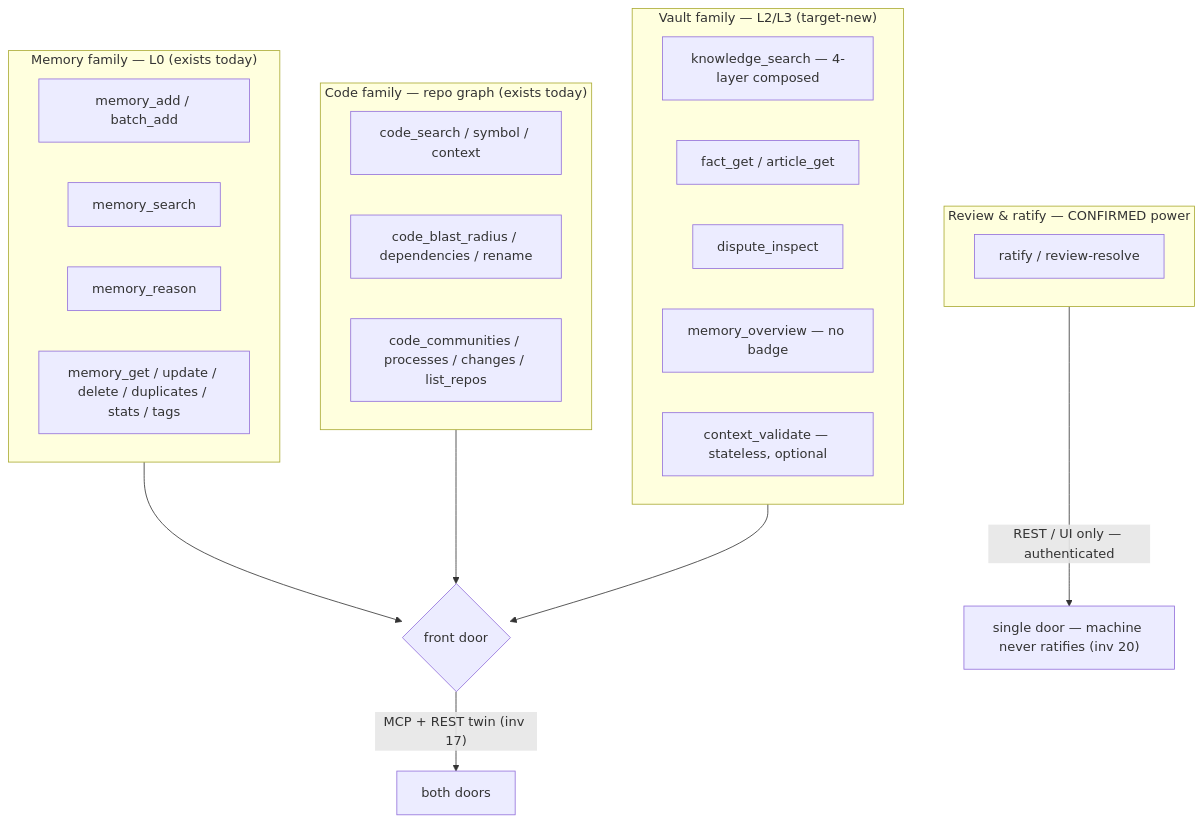
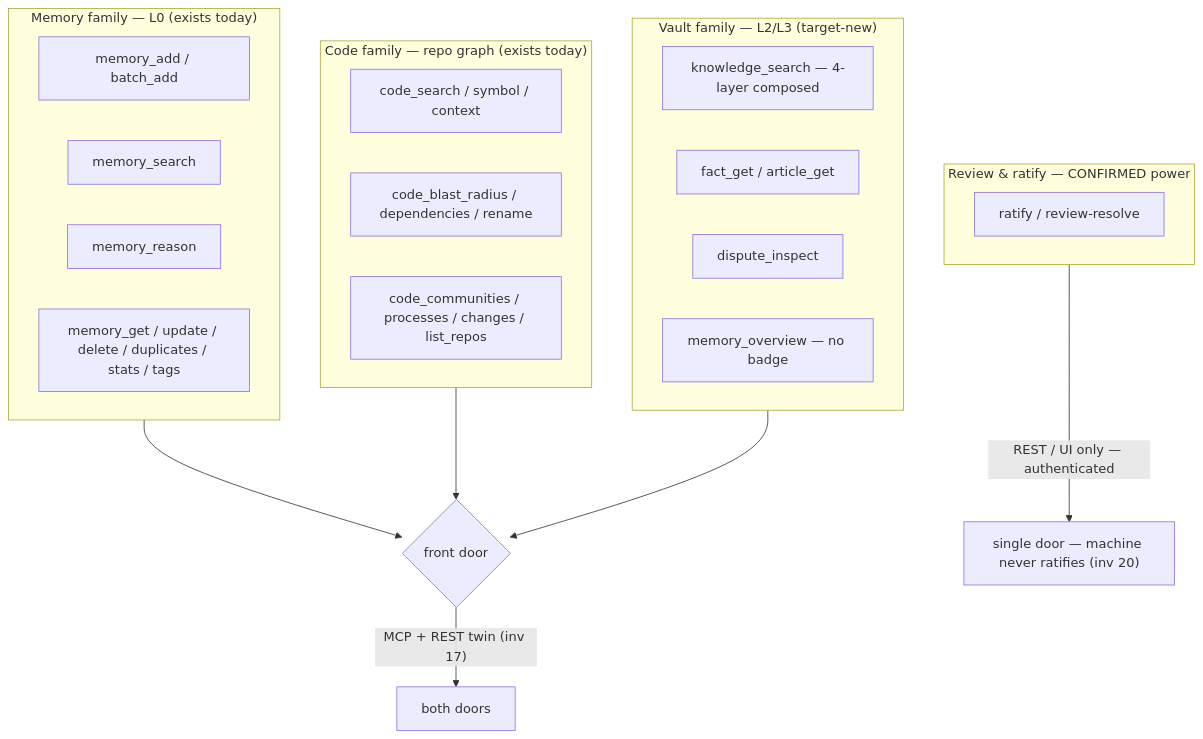
The second of 8 diagrams in docs/design/12-api-and-mcp-contract.md (darkraise/darkmem), drawn with Mermaid before and after one commit. The commit also changed other lines of this file and 16 other files, not shown here.

````diff
--- a/docs/design/12-api-and-mcp-contract.md
+++ b/docs/design/12-api-and-mcp-contract.md
@@ -228,31 +227,30 @@
 ```mermaid
 graph TD
     subgraph MEM["Memory family — L0 (exists today)"]
         MA["memory_add / batch_add"]
         MS["memory_search"]
         MR["memory_reason"]
         MG["memory_get / update / delete / duplicates / stats / tags"]
     end
     subgraph CODE["Code family — repo graph (exists today)"]
         CS["code_search / symbol / context"]
         CB["code_blast_radius / dependencies / rename"]
         CC["code_communities / processes / changes / list_repos"]
     end
     subgraph VAULT["Vault family — L2/L3 (target-new)"]
         KS["knowledge_search — 4-layer composed"]
         FG["fact_get / article_get"]
         DI["dispute_inspect"]
         OV["memory_overview — no badge"]
-        CV["context_validate — stateless, optional"]
     end
     subgraph REVIEW["Review & ratify — CONFIRMED power"]
         RAT["ratify / review-resolve"]
     end
 
     DOORS{"front door"}
     MEM --> DOORS
     CODE --> DOORS
     VAULT --> DOORS
     DOORS -->|"MCP + REST twin (inv 17)"| BOTH["both doors"]
     REVIEW -->|"REST / UI only — authenticated"| RESTONLY["single door — machine never ratifies (inv 20)"]
 ```
````
